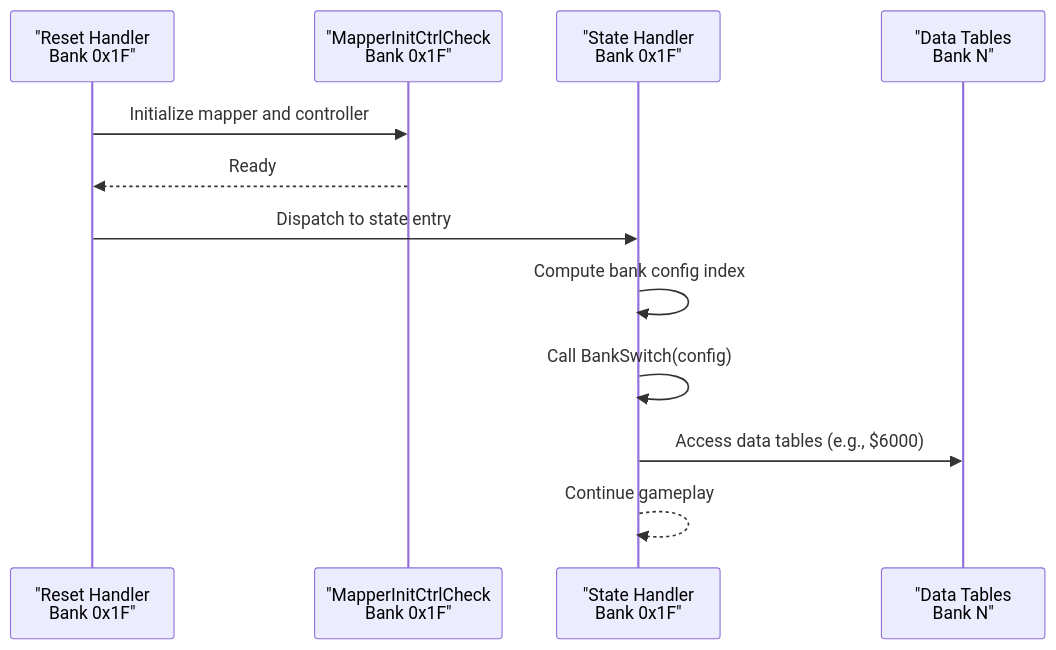
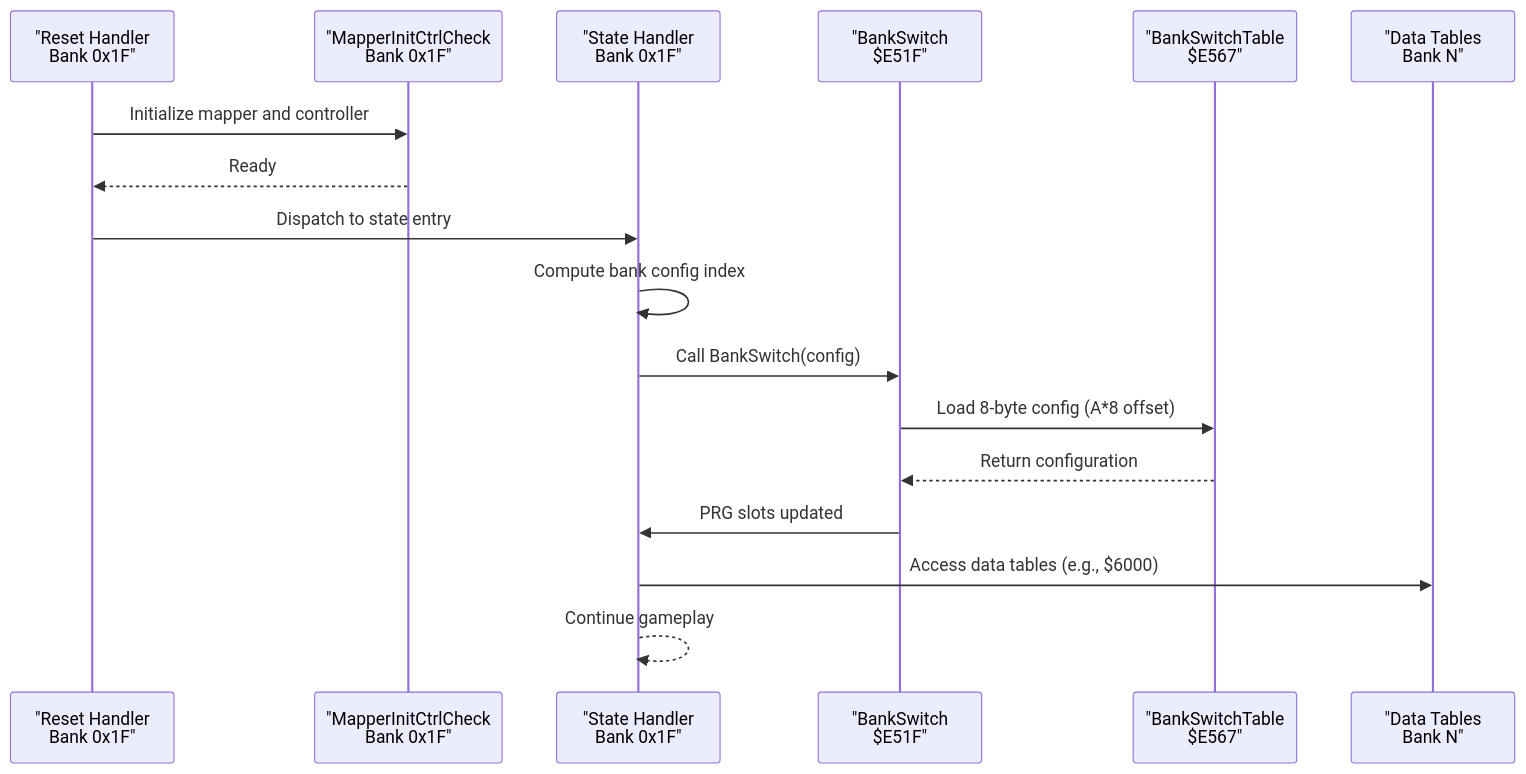
One commit to rabbyzero/sango2dasm changed the second of 8 diagrams in .qoder/repowiki/en/content/Data Access and Memory Management/Bank Switching for Data Access.md. Above: the diagram before and after it, drawn with Mermaid. The commit also changed other lines of this file and 9 other files, not shown here.

Commit message:
clean $E843-$F2AE manually. add comments. rename bank switch functions.

````diff
--- a/.qoder/repowiki/en/content/Data Access and Memory Management/Bank Switching for Data Access.md
+++ b/.qoder/repowiki/en/content/Data Access and Memory Management/Bank Switching for Data Access.md
@@ -86,14 +107,19 @@
 ```mermaid
 sequenceDiagram
 participant Reset as "Reset Handler<br/>Bank 0x1F"
 participant Mapper as "MapperInitCtrlCheck<br/>Bank 0x1F"
 participant State as "State Handler<br/>Bank 0x1F"
+participant BankSwitch as "BankSwitch<br/>$E51F"
+participant ConfigTable as "BankSwitchTable<br/>$E567"
 participant Data as "Data Tables<br/>Bank N"
 Reset->>Mapper : Initialize mapper and controller
 Mapper-->>Reset : Ready
 Reset->>State : Dispatch to state entry
 State->>State : Compute bank config index
-State->>State : Call BankSwitch(config)
+State->>BankSwitch : Call BankSwitch(config)
+BankSwitch->>ConfigTable : Load 8-byte config (A*8 offset)
+ConfigTable-->>BankSwitch : Return configuration
+BankSwitch->>State : PRG slots updated
 State->>Data : Access data tables (e.g., $6000)
 State-->>State : Continue gameplay
 ```
````
